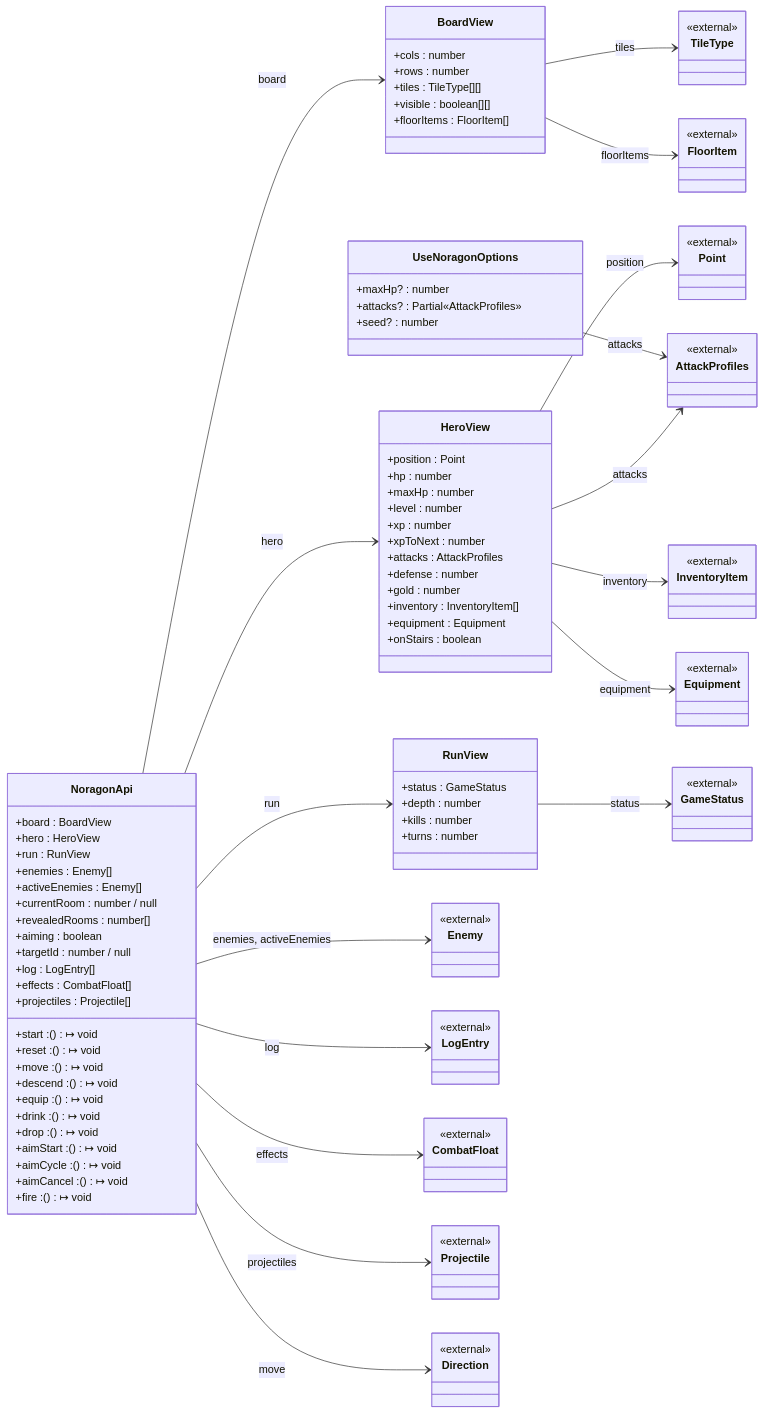
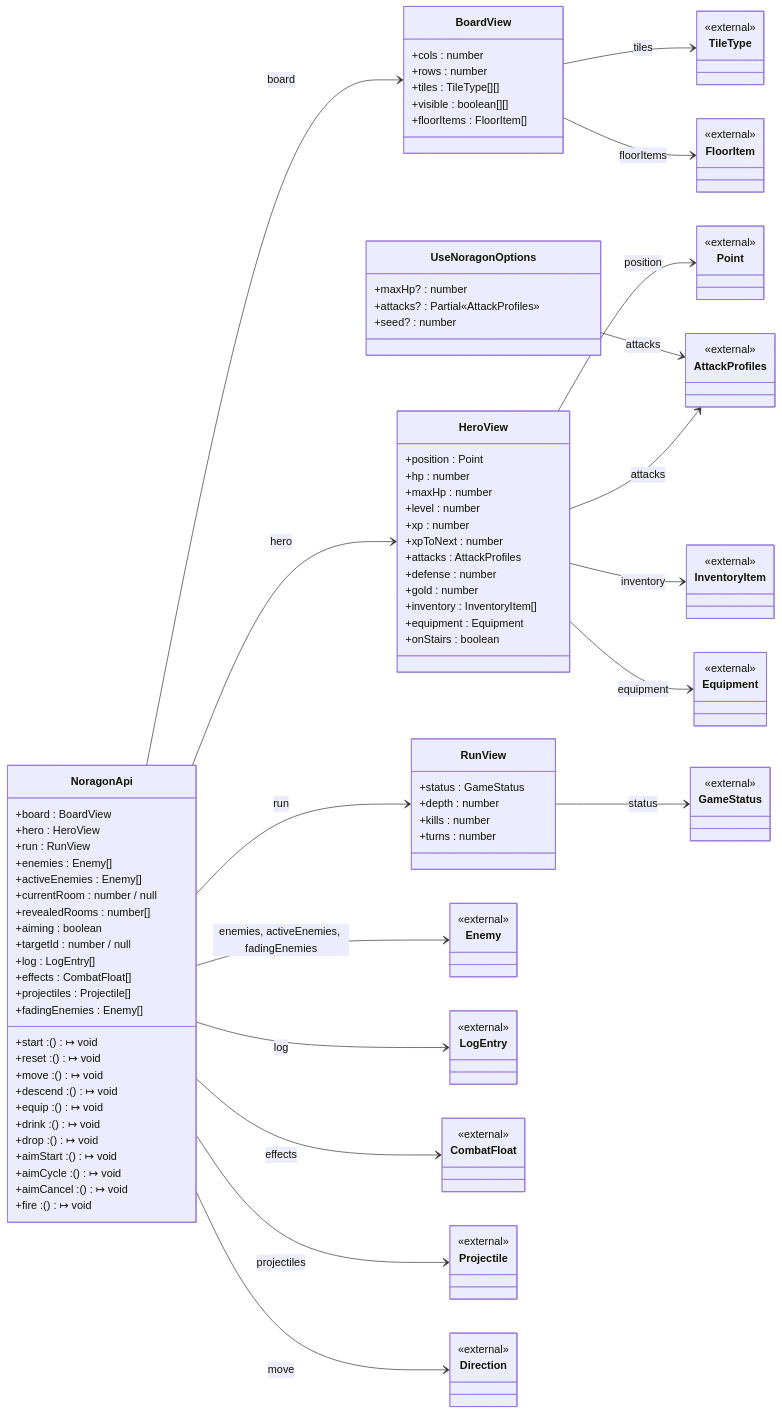
One commit to norarcasey/legends-of-noragon changed the third of 4 diagrams in docs/DOMAIN_MODEL.md. Above: the diagram before and after it, drawn with Mermaid. The commit also changed other lines of this file and 10 other files, not shown here.

```diff
--- a/docs/DOMAIN_MODEL.md
+++ b/docs/DOMAIN_MODEL.md
@@ -372,6 +373,7 @@
     +log : LogEntry[]
     +effects : CombatFloat[]
     +projectiles : Projectile[]
+    +fadingEnemies : Enemy[]
     +start : () ↦ void
     +reset : () ↦ void
     +move : () ↦ void
@@ -431,7 +433,7 @@
   NoragonApi --> BoardView : board
   NoragonApi --> HeroView : hero
   NoragonApi --> RunView : run
-  NoragonApi --> Enemy : enemies, activeEnemies
+  NoragonApi --> Enemy : enemies, activeEnemies, fadingEnemies
   NoragonApi --> LogEntry : log
   NoragonApi --> CombatFloat : effects
   NoragonApi --> Projectile : projectiles
```
